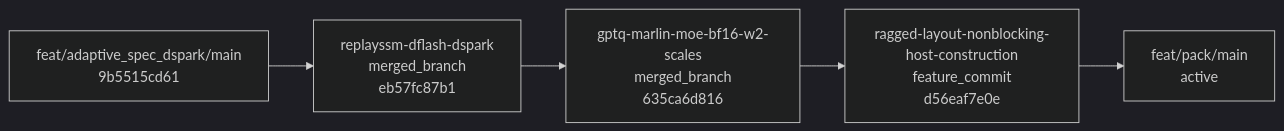
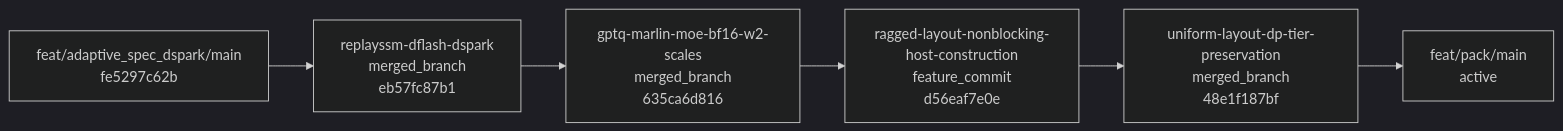
The second of 4 diagrams in BRANCH_GRAPH.md (EanWang211123/sglang), drawn with Mermaid (dark theme) before and after one commit. The commit also changed other lines of this file and 4 other files, not shown here.

Commit message:
docs(registry): record adaptive DP tier fix propagation

````diff
--- a/BRANCH_GRAPH.md
+++ b/BRANCH_GRAPH.md
@@ -57,14 +57,16 @@
 ```mermaid
 flowchart LR
-    stack_base_adaptive_dspark_replayssm_gptq_marlin_pack["feat/adaptive_spec_dspark/main<br/>9b5515cd61"]
+    stack_base_adaptive_dspark_replayssm_gptq_marlin_pack["feat/adaptive_spec_dspark/main<br/>fe5297c62b"]
     stack_adaptive_dspark_replayssm_gptq_marlin_pack_1["replayssm-dflash-dspark<br/>merged_branch<br/>eb57fc87b1"]
     stack_base_adaptive_dspark_replayssm_gptq_marlin_pack --> stack_adaptive_dspark_replayssm_gptq_marlin_pack_1
     click stack_adaptive_dspark_replayssm_gptq_marlin_pack_1 "https://github.com/sgl-project/sglang/pull/36683"
     stack_adaptive_dspark_replayssm_gptq_marlin_pack_2["gptq-marlin-moe-bf16-w2-scales<br/>merged_branch<br/>635ca6d816"]
     stack_adaptive_dspark_replayssm_gptq_marlin_pack_1 --> stack_adaptive_dspark_replayssm_gptq_marlin_pack_2
     click stack_adaptive_dspark_replayssm_gptq_marlin_pack_2 "https://github.com/sgl-project/sglang/pull/35955"
     stack_adaptive_dspark_replayssm_gptq_marlin_pack_3["ragged-layout-nonblocking-host-construction<br/>feature_commit<br/>d56eaf7e0e"]
     stack_adaptive_dspark_replayssm_gptq_marlin_pack_2 --> stack_adaptive_dspark_replayssm_gptq_marlin_pack_3
+    stack_adaptive_dspark_replayssm_gptq_marlin_pack_4["uniform-layout-dp-tier-preservation<br/>merged_branch<br/>48e1f187bf"]
+    stack_adaptive_dspark_replayssm_gptq_marlin_pack_3 --> stack_adaptive_dspark_replayssm_gptq_marlin_pack_4
     stack_output_adaptive_dspark_replayssm_gptq_marlin_pack["feat/pack/main<br/>active"]
-    stack_adaptive_dspark_replayssm_gptq_marlin_pack_3 --> stack_output_adaptive_dspark_replayssm_gptq_marlin_pack
+    stack_adaptive_dspark_replayssm_gptq_marlin_pack_4 --> stack_output_adaptive_dspark_replayssm_gptq_marlin_pack
 ```
````
